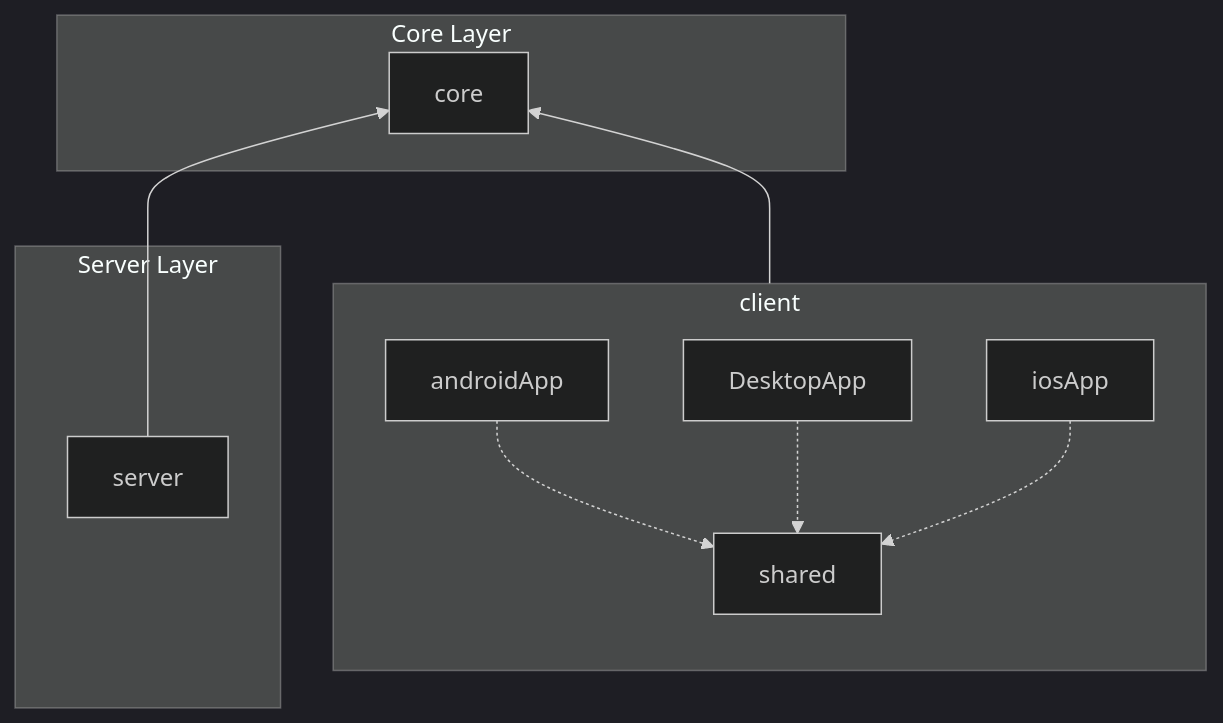
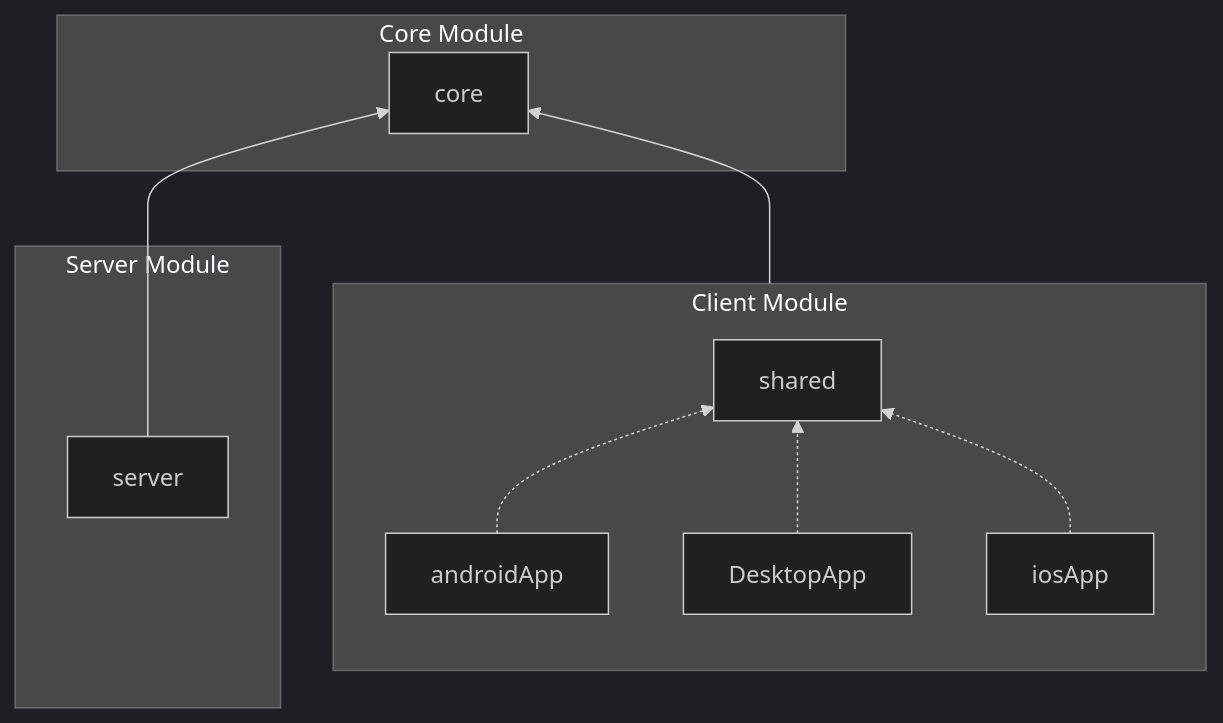
The diagram in README.md (ahparhizgar/opensplit), drawn with Mermaid (dark theme) before and after one commit. The commit also changed other lines of this file, not shown here.

````diff
--- a/README.md
+++ b/README.md
@@ -21,29 +21,29 @@
 ```mermaid
 graph BT
-    %% Core module
-    subgraph CoreModule [Core Layer]
+%% Core module
+    subgraph CoreModule [Core Module]
         core[core]
     end
 
-    %% Server module
-    subgraph ServerModule [Server Layer]
+%% Server module
+    subgraph ServerModule [Server Module]
         server[server]
     end
 
-    %% Client module and submodules
-    subgraph client [client]
+%% Client module and submodules
+    subgraph client [Client Module]
+        direction BT
         shared[shared]
         androidApp[androidApp]
         DesktopApp[DesktopApp]
         iosApp[iosApp]
     end
 
-    %% Dependencies flowing bottom to top
+%% Dependencies flowing bottom to top
     server --> core
     client --> core
-
-    %% Internal client relationships
+%% Internal client relationships
     androidApp -.-> shared
     DesktopApp -.-> shared
     iosApp -.-> shared
 ```
````
